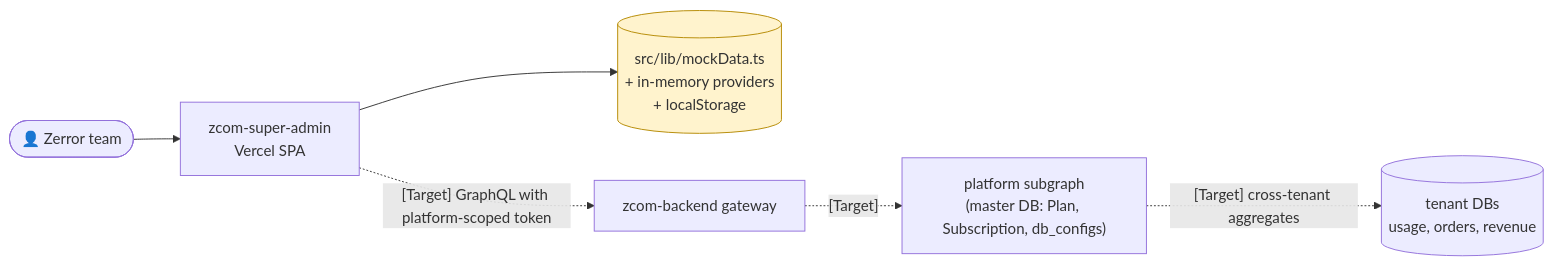
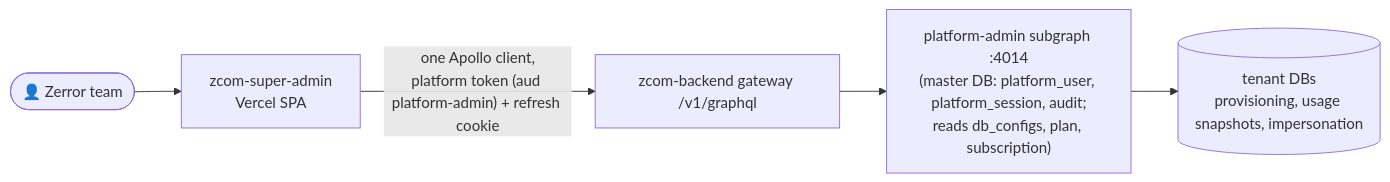
Before and after one commit to Zerror-Studios/Zcommerce-super-admin: the first of 6 diagrams in docs/architecture/solution-architecture.md, drawn with Mermaid. The commit also changed other lines of this file and 100 other files, not shown here.

````diff
--- a/docs/architecture/solution-architecture.md
+++ b/docs/architecture/solution-architecture.md
@@ -23,9 +23,7 @@
 ```mermaid
 flowchart LR
     Z(["👤 Zerror team"]) --> SA["zcom-super-admin<br/>Vercel SPA"]
-    SA --> MOCK[("src/lib/mockData.ts<br/>+ in-memory providers<br/>+ localStorage")]
-    SA -. "[Target] GraphQL with platform-scoped token" .-> GW["zcom-backend gateway"]
-    GW -. "[Target]" .-> PLT["platform subgraph<br/>(master DB: Plan, Subscription, db_configs)"]
-    PLT -. "[Target] cross-tenant aggregates" .-> TDBs[("tenant DBs<br/>usage, orders, revenue")]
-    style MOCK fill:#fff3cd,stroke:#b58900
+    SA -->|"one Apollo client,<br/>platform token (aud platform-admin) + refresh cookie"| GW["zcom-backend gateway /v1/graphql"]
+    GW --> PADM["platform-admin subgraph :4014<br/>(master DB: platform_user, platform_session, audit;<br/>reads db_configs, plan, subscription)"]
+    PADM --> TDBs[("tenant DBs<br/>provisioning, usage snapshots, impersonation")]
 ```
````
